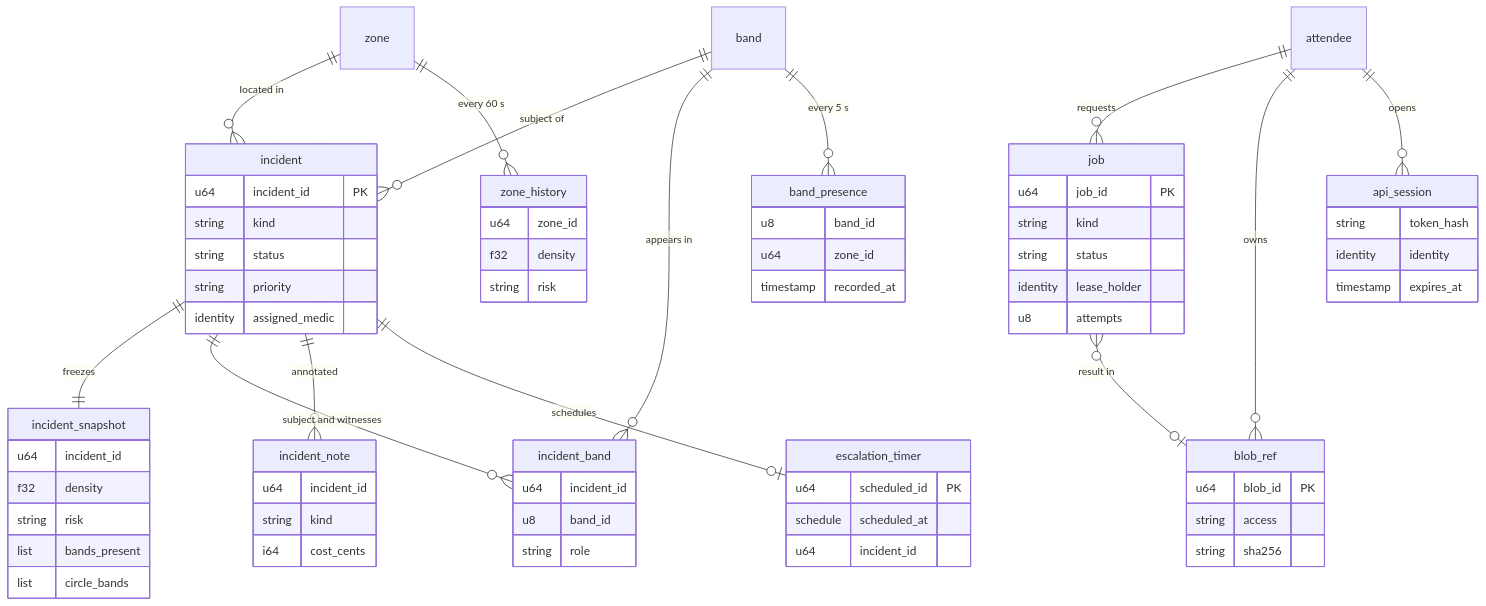
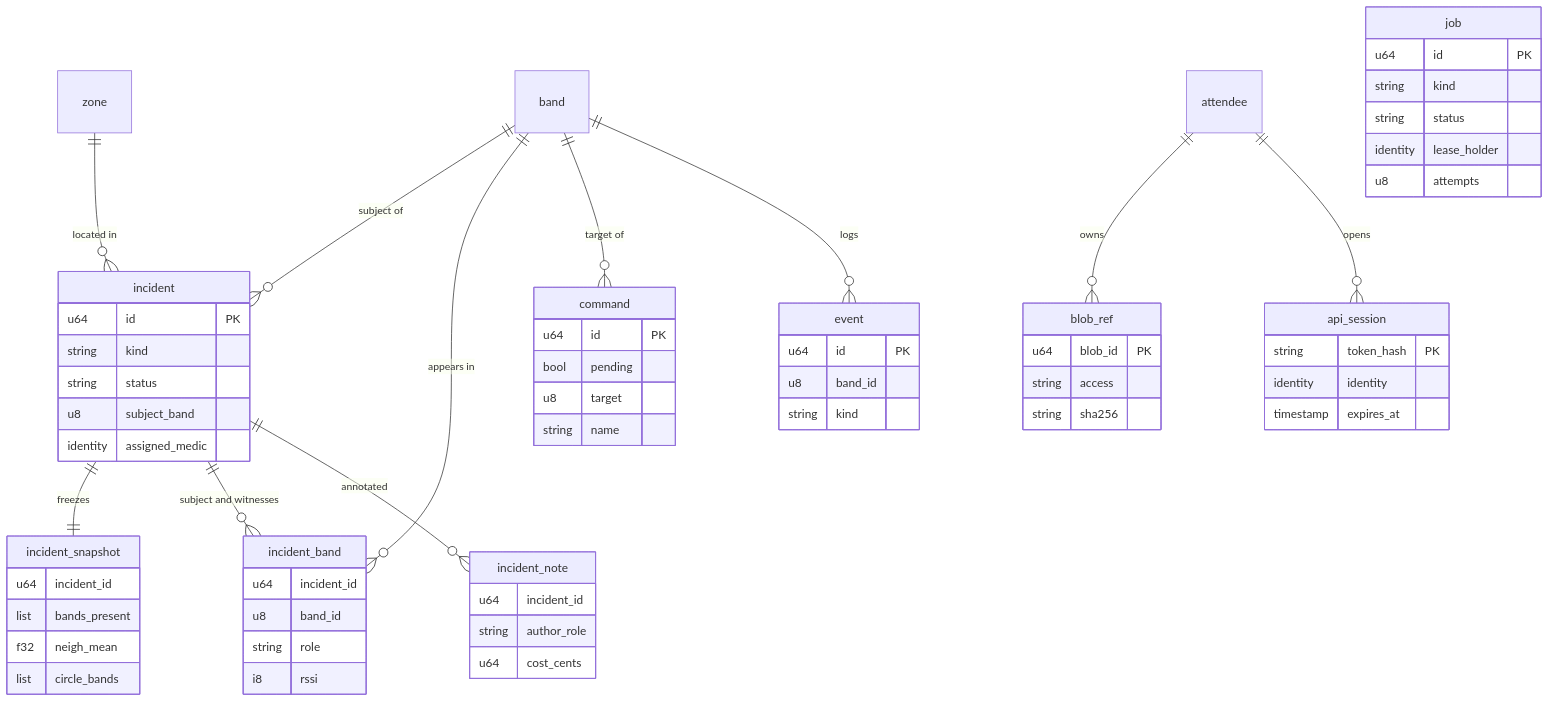
The third of 4 diagrams in System Design/2-data/SpacetimeDB.md (viktorinkov/cal-hacks-13), drawn with Mermaid before and after one commit. The commit also changed other lines of this file and 26 other files, not shown here.

````diff
--- a/System Design/2-data/SpacetimeDB.md
+++ b/System Design/2-data/SpacetimeDB.md
@@ -611,72 +555,65 @@
 ```mermaid
 erDiagram
   zone ||--o{ incident : "located in"
   band ||--o{ incident : "subject of"
   incident ||--|| incident_snapshot : freezes
   incident ||--o{ incident_band : "subject and witnesses"
   band ||--o{ incident_band : "appears in"
   incident ||--o{ incident_note : annotated
-  incident ||--o| escalation_timer : schedules
-  band ||--o{ band_presence : "every 5 s"
-  zone ||--o{ zone_history : "every 60 s"
-  attendee ||--o{ job : requests
-  job }o--o| blob_ref : "result in"
+  band ||--o{ command : "target of"
+  band ||--o{ event : logs
   attendee ||--o{ blob_ref : owns
   attendee ||--o{ api_session : opens
   incident {
-    u64 incident_id PK
+    u64 id PK
     string kind
     string status
-    string priority
+    u8 subject_band
     identity assigned_medic
   }
   incident_snapshot {
     u64 incident_id
-    f32 density
-    string risk
     list bands_present
+    f32 neigh_mean
     list circle_bands
   }
   incident_band {
     u64 incident_id
     u8 band_id
     string role
+    i8 rssi
   }
   incident_note {
     u64 incident_id
+    string author_role
+    u64 cost_cents
+  }
+  command {
+    u64 id PK
+    bool pending
+    u8 target
+    string name
+  }
+  event {
+    u64 id PK
+    u8 band_id
     string kind
-    i64 cost_cents
-  }
-  escalation_timer {
-    u64 scheduled_id PK
-    schedule scheduled_at
-    u64 incident_id
-  }
-  band_presence {
-    u8 band_id
-    u64 zone_id
-    timestamp recorded_at
-  }
-  zone_history {
-    u64 zone_id
-    f32 density
-    string risk
   }
   job {
-    u64 job_id PK
+    u64 id PK
     string kind
     string status
     identity lease_holder
     u8 attempts
   }
   blob_ref {
     u64 blob_id PK
     string access
     string sha256
   }
   api_session {
-    string token_hash
+    string token_hash PK
     identity identity
     timestamp expires_at
   }
 ```
````
